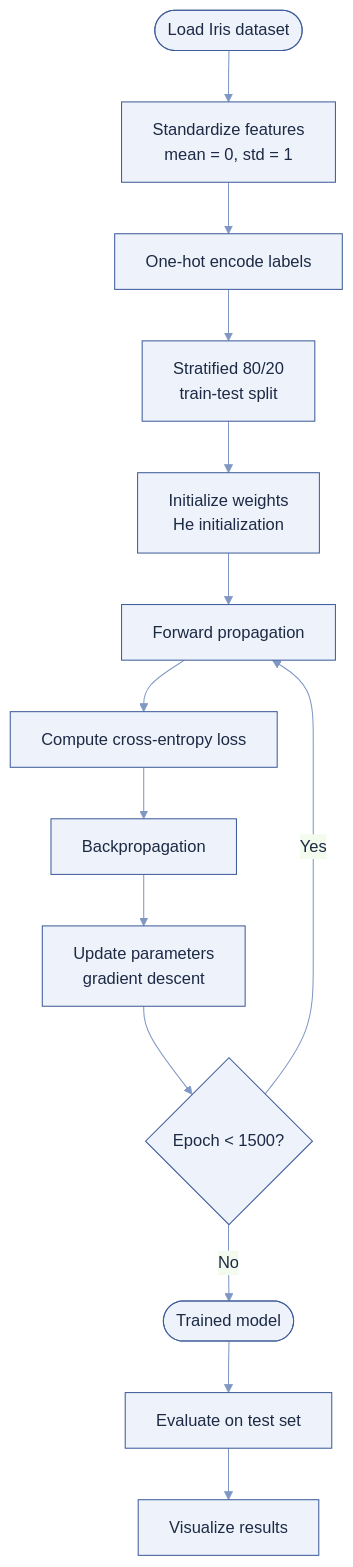
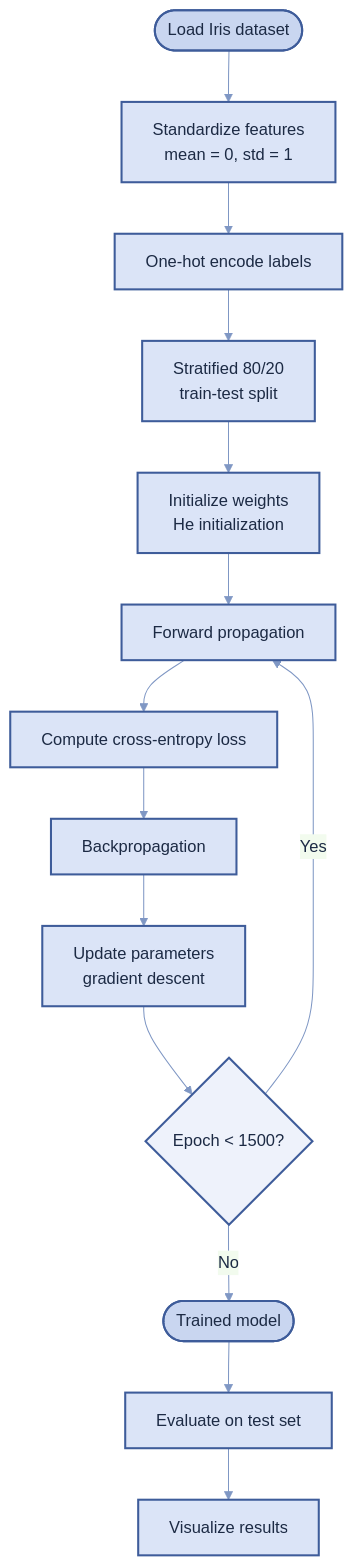
Before and after one commit to manmathk31/Deep-Learning: the second of 4 diagrams in README.md, drawn with Mermaid. The commit also changed other lines of this file, not shown here.

Commit message:
Update README with diagram and training loop details

````diff
--- a/README.md
+++ b/README.md
@@ -154,24 +159,31 @@
 ```mermaid
 %%{init: {'theme': 'base', 'themeVariables': {
   'primaryColor': '#eef2fb',
   'primaryBorderColor': '#3E5C9A',
   'primaryTextColor': '#1c2a44',
   'lineColor': '#7f97c4',
   'background': '#ffffff',
   'fontFamily': 'Segoe UI, sans-serif'
 }}}%%
 flowchart TD
     A([Load Iris dataset]) --> B[Standardize features<br/>mean = 0, std = 1]
     B --> C[One-hot encode labels]
     C --> D[Stratified 80/20<br/>train-test split]
     D --> E[Initialize weights<br/>He initialization]
     E --> F[Forward propagation]
     F --> G[Compute cross-entropy loss]
     G --> H[Backpropagation]
     H --> I[Update parameters<br/>gradient descent]
     I --> J{Epoch < 1500?}
     J -- Yes --> F
     J -- No --> K([Trained model])
     K --> L[Evaluate on test set]
     L --> M[Visualize results]
+
+    classDef stepStyle fill:#dbe4f7,stroke:#3E5C9A,stroke-width:2px,color:#1c2a44;
+    classDef endpointStyle fill:#c9d6f0,stroke:#3E5C9A,stroke-width:2px,color:#1c2a44;
+    classDef decisionStyle fill:#eef2fb,stroke:#3E5C9A,stroke-width:2px,color:#1c2a44;
+    class A,K endpointStyle;
+    class B,C,D,E,F,G,H,I,L,M stepStyle;
+    class J decisionStyle;
 ```
````
